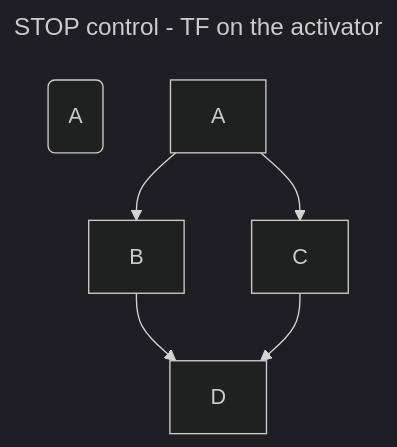
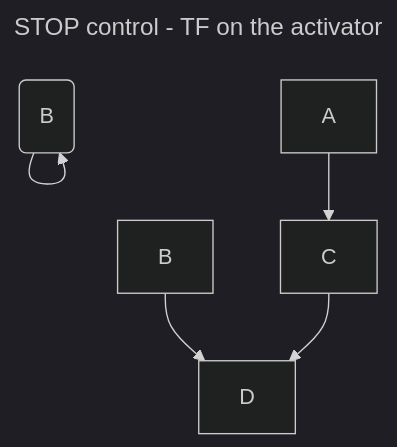
One commit to iamandreatonina/Master-s_thesis changed the diagram in README.md. Above: the diagram before and after it, drawn with Mermaid (dark theme).

````diff
--- a/README.md
+++ b/README.md
@@ -12,11 +12,10 @@
 ```mermaid
 ---
 title: STOP control - TF on the activator
 ---
 graph TD;
-    id1(A)
-    A-->B;
+    id1(A)--> id1(B);
     A-->C;
     B-->D;
     C-->D;
 ```
````
